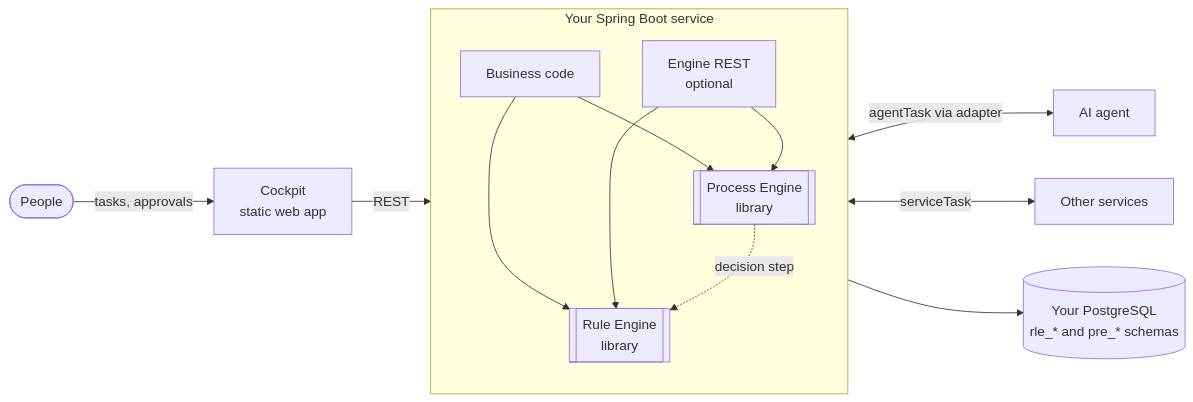
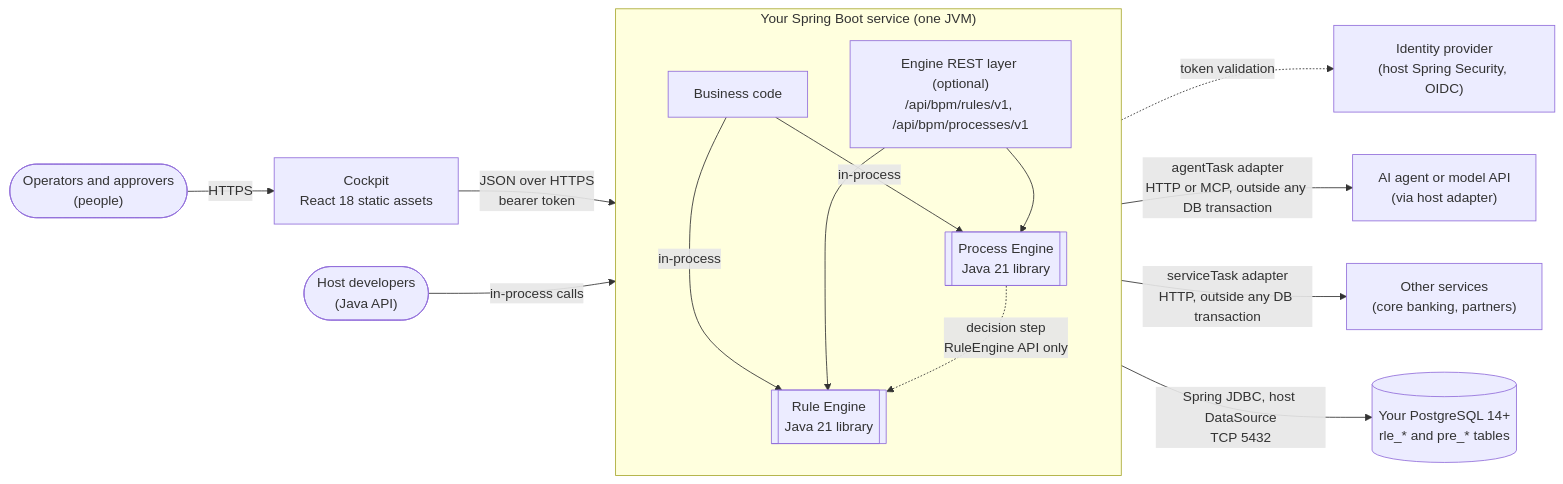
One commit to dhluong90/horus-Agentic-BPM changed the diagram in wiki/diagrams/system-context.mmd. Above: the diagram before and after it, drawn with Mermaid. The commit also changed 61 other files, not shown here.

```diff
--- a/wiki/diagrams/system-context.mmd
+++ b/wiki/diagrams/system-context.mmd
@@ -1,18 +1,28 @@
 flowchart LR
-  People([People]) -->|tasks, approvals| Cockpit
-  Cockpit[Cockpit<br/>static web app] -->|REST| REST
-  subgraph Host[Your Spring Boot service]
+  Ops(["Operators and approvers\n(people)"])
+  Dev(["Host developers\n(Java API)"])
+  Cockpit["Cockpit\nReact 18 static assets"]
+  subgraph Host["Your Spring Boot service (one JVM)"]
     direction TB
-    App[Business code]
-    REST[Engine REST<br/>optional]
-    RE[[Rule Engine<br/>library]]
-    PE[[Process Engine<br/>library]]
-    App --> RE
-    App --> PE
-    REST --> RE
-    REST --> PE
-    PE -.->|decision step| RE
+    App["Business code"]
+    RE[["Rule Engine\nJava 21 library"]]
+    PE[["Process Engine\nJava 21 library"]]
+    REST["Engine REST layer (optional)\n/api/bpm/rules/v1, /api/bpm/processes/v1"]
   end
-  Host --> DB[(Your PostgreSQL<br/>rle_* and pre_* schemas)]
-  PE <-->|agentTask via adapter| Agent[AI agent]
-  PE <-->|serviceTask| Svc[Other services]
+  DB[("Your PostgreSQL 14+\nrle_* and pre_* tables")]
+  IdP["Identity provider\n(host Spring Security, OIDC)"]
+  Agent["AI agent or model API\n(via host adapter)"]
+  Svc["Other services\n(core banking, partners)"]
+
+  Ops -->|"HTTPS"| Cockpit
+  Cockpit -->|"JSON over HTTPS\nbearer token"| REST
+  Dev -->|"in-process calls"| App
+  App -->|"in-process"| RE
+  App -->|"in-process"| PE
+  REST --> RE
+  REST --> PE
+  PE -.->|"decision step\nRuleEngine API only"| RE
+  Host -->|"Spring JDBC, host DataSource\nTCP 5432"| DB
+  REST -.->|"token validation"| IdP
+  PE -->|"agentTask adapter\nHTTP or MCP, outside any DB transaction"| Agent
+  PE -->|"serviceTask adapter\nHTTP, outside any DB transaction"| Svc
```
